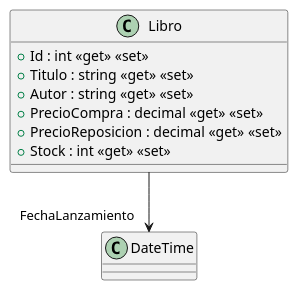
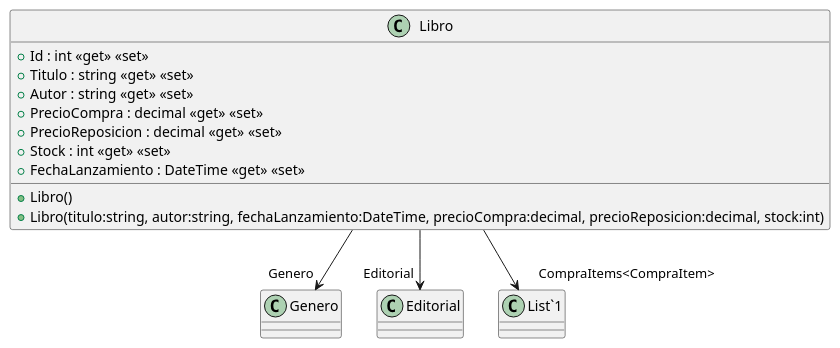
The diagram in src/AppForSEII.API/ClassDiagram/Libro.puml (ISII2627NeedMoneyForMac/ISII2627NeedMoneyForMac), drawn with PlantUML before and after one commit. The commit also changed 14 other files, not shown here.

Commit message:
Se han editado las clases compra, compraItem y libro, y el diagrama del CU Comprar libro (#48)

```diff
--- a/src/AppForSEII.API/ClassDiagram/Libro.puml
+++ b/src/AppForSEII.API/ClassDiagram/Libro.puml
@@ -1,11 +1,17 @@
 @startuml
 class Libro {
+    + Libro()
+    + Libro(titulo:string, autor:string, fechaLanzamiento:DateTime, precioCompra:decimal, precioReposicion:decimal, stock:int)
     + Id : int <<get>> <<set>>
     + Titulo : string <<get>> <<set>>
     + Autor : string <<get>> <<set>>
     + PrecioCompra : decimal <<get>> <<set>>
     + PrecioReposicion : decimal <<get>> <<set>>
     + Stock : int <<get>> <<set>>
+    + FechaLanzamiento : DateTime <<get>> <<set>>
 }
-Libro --> "FechaLanzamiento" DateTime
+
+Libro --> "Genero" Genero
+Libro --> "Editorial" Editorial
+Libro --> "CompraItems<CompraItem>" "List`1"
 @enduml
```
